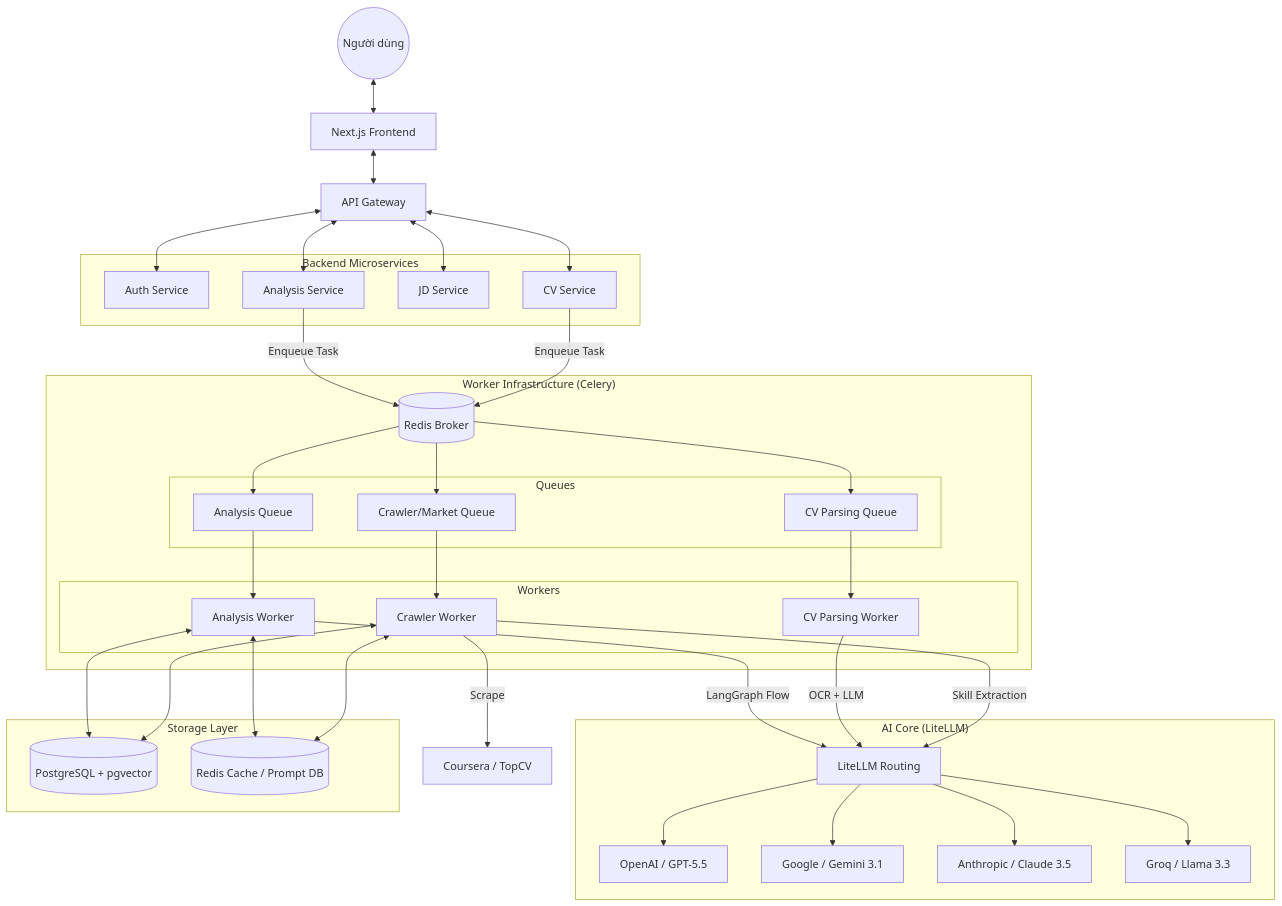
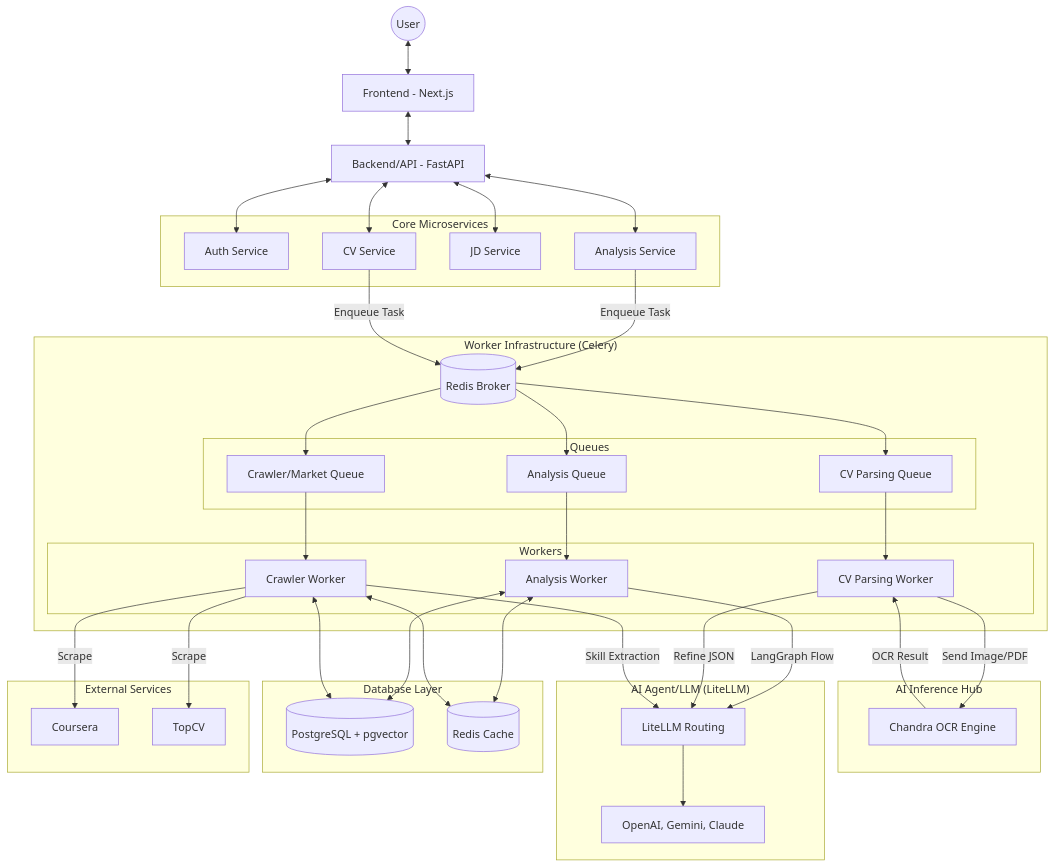
One commit to 7kitan/leveller-ai changed the second of 2 diagrams in ARCHITECTURE.md. Above: the diagram before and after it, drawn with Mermaid. The commit also changed other lines of this file and 14 other files, not shown here.

````diff
--- a/ARCHITECTURE.md
+++ b/ARCHITECTURE.md
@@ -91,72 +112,78 @@
 ```mermaid
 graph TD
-    User((Người dùng))
-    Web[Next.js Frontend]
-    Gateway[API Gateway]
+    User((User))
+    Web[Frontend - Next.js]
+    Gateway[Backend/API - FastAPI]
     
-    subgraph "Backend Microservices"
+    subgraph "Core Microservices"
         AuthSvc[Auth Service]
         CVSvc[CV Service]
         JDSvc[JD Service]
         AnalSvc[Analysis Service]
     end
     
     subgraph "Worker Infrastructure (Celery)"
         Broker[(Redis Broker)]
         
         subgraph "Queues"
             Q_Anal[Analysis Queue]
             Q_CV[CV Parsing Queue]
             Q_Crawler[Crawler/Market Queue]
         end
         
         subgraph "Workers"
             W_Anal[Analysis Worker]
             W_CV[CV Parsing Worker]
             W_Crawler[Crawler Worker]
         end
     end
     
-    subgraph "AI Core (LiteLLM)"
+    subgraph "AI Inference Hub"
+        Chandra[Chandra OCR Engine]
+    end
+
+    subgraph "AI Agent/LLM (LiteLLM)"
         LiteLLM[LiteLLM Routing]
-        OpenAI[OpenAI / GPT-5.5]
-        Gemini[Google / Gemini 3.1]
-        Anthropic[Anthropic / Claude 3.5]
-        Groq[Groq / Llama 3.3]
+        Models[OpenAI, Gemini, Claude]
     end
     
-    subgraph "Storage Layer"
+    subgraph "Database Layer"
         Postgres[(PostgreSQL + pgvector)]
-        Redis[(Redis Cache / Prompt DB)]
+        Redis[(Redis Cache)]
+    end
+    
+    subgraph "External Services"
+        Ext_C[Coursera]
+        Ext_T[TopCV]
     end
 
     User <--> Web
     Web <--> Gateway
     Gateway <--> AuthSvc
     Gateway <--> CVSvc
     Gateway <--> JDSvc
     Gateway <--> AnalSvc
     
     AnalSvc -- "Enqueue Task" --> Broker
     CVSvc -- "Enqueue Task" --> Broker
     
     Broker --> Q_Anal --> W_Anal
     Broker --> Q_CV --> W_CV
     Broker --> Q_Crawler --> W_Crawler
     
     W_Anal -- "LangGraph Flow" --> LiteLLM
-    W_CV -- "OCR + LLM" --> LiteLLM
+    W_CV -- "Send Image/PDF" --> Chandra
+    Chandra -- "OCR Result" --> W_CV
+    W_CV -- "Refine JSON" --> LiteLLM
     W_Crawler -- "Skill Extraction" --> LiteLLM
     
-    LiteLLM --> OpenAI
-    LiteLLM --> Gemini
-    LiteLLM --> Anthropic
-    LiteLLM --> Groq
+    LiteLLM --> Models
     
     W_Anal <--> Postgres
     W_Crawler <--> Postgres
-    W_Crawler -- "Scrape" --> External[Coursera / TopCV]
+    W_Crawler -- "Scrape" --> Ext_C
+    W_Crawler -- "Scrape" --> Ext_T
     
     W_Anal <--> Redis
     W_Crawler <--> Redis
 ```
````
